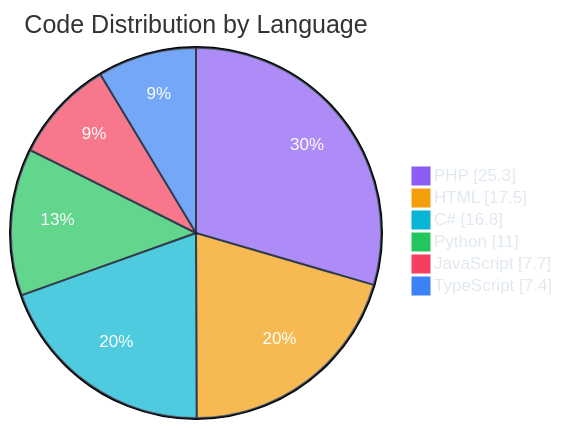
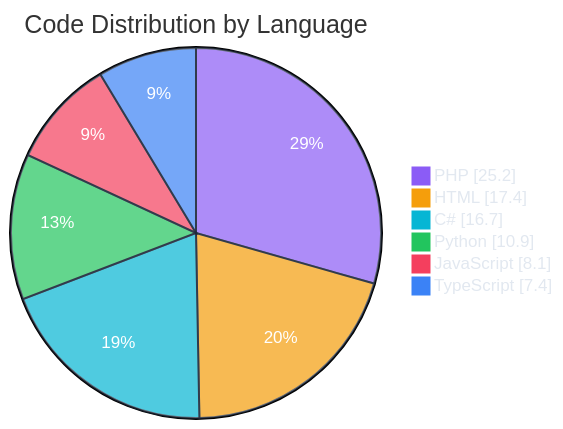
The second of 7 diagrams in README.md (polo-nyan/polo-nyan), drawn with Mermaid before and after one commit. The commit also changed other lines of this file and 1 other file, not shown here.

````diff
--- a/README.md
+++ b/README.md
@@ -229,11 +229,11 @@
 ```mermaid
 %%{init: {"theme": "base", "themeVariables": { "pie1": "#8b5cf6", "pie2": "#f59e0b", "pie3": "#06b6d4", "pie4": "#22c55e", "pie5": "#f43f5e", "pie6": "#3b82f6", "pie7": "#ec4899", "pieTextColor": "#ffffff", "pieLegendTextColor": "#e2e8f0", "pieSectionTextColor": "#ffffff", "pieStrokeColor": "#1e293b" }}}%%
 pie showData
     title Code Distribution by Language
-    "PHP" : 25.3
-    "HTML" : 17.5
-    "C#" : 16.8
-    "Python" : 11.0
-    "JavaScript" : 7.7
+    "PHP" : 25.2
+    "HTML" : 17.4
+    "C#" : 16.7
+    "Python" : 10.9
+    "JavaScript" : 8.1
     "TypeScript" : 7.4
 ```
````
